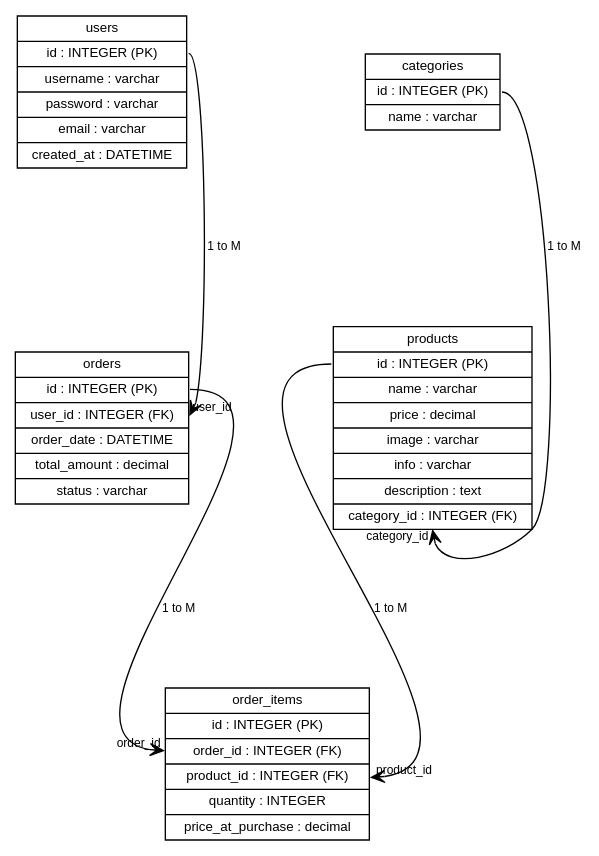
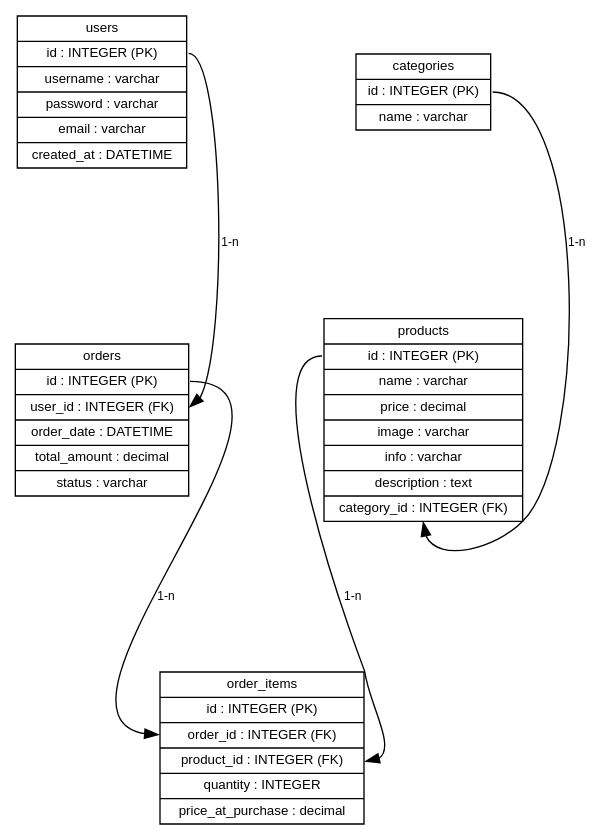
The diagram in schema/schema.dot (kakapt/ec335_project), drawn with Graphviz before and after one commit. The commit also changed 2 other files, not shown here.

```diff
--- a/schema/schema.dot
+++ b/schema/schema.dot
@@ -1,30 +1,30 @@
 digraph DatabaseSchema {
     rankdir=TB; // Layout direction Top to Bottom
-    ranksep=1.5; // Reduced vertical spacing between ranks (rows) of nodes.
-    nodesep=1.5; // Increased horizontal spacing between nodes within the same rank.
+    ranksep=1.4;
+    nodesep=1.4;
     node [shape=record, style=filled, fillcolor=white, fontname="Helvetica", fontsize=10]; // Use record shape, filled nodes with white color, Helvetica font
     edge [fontname="Helvetica", fontsize=9]; // Set font for edges (removed color)
 
     // Define the tables as nodes (removed specific colors, using default white from global node settings)
     users [label="{<f0> users | <f1> id : INTEGER (PK) | username : varchar | password : varchar | email : varchar | created_at : DATETIME}"];
     categories [label="{<f0> categories | <f1> id : INTEGER (PK) | name : varchar}"];
     products [label="{<f0> products | <f1> id : INTEGER (PK) | name : varchar | price : decimal | image : varchar | info : varchar | description : text | <f2> category_id : INTEGER (FK)}"];
     orders [label="{<f0> orders | <f1> id : INTEGER (PK) | <f2> user_id : INTEGER (FK) | order_date : DATETIME | total_amount : decimal | status : varchar}"];
     order_items [label="{<f0> order_items | <f1> id : INTEGER (PK) | <f2> order_id : INTEGER (FK) | <f3> product_id : INTEGER (FK) | quantity : INTEGER | price_at_purchase : decimal}"];
 
     // Define the relationships (edges) between tables (removed color)
     // users (1) -> orders (Many)
-    users:f1 -> orders:f2 [label="1 to M" headlabel="user_id", arrowhead=vee];
+    users:f1 -> orders:f2 [label="1-n"];
 
     // categories (1) -> products (Many)
-    categories:f1 -> products:f2 [label="1 to M" headlabel="category_id", arrowhead=vee];
+    categories:f1 -> products:f2 [label="1-n"];
 
     // orders (1) -> order_items (Many)
-    orders:f1 -> order_items:f2 [label="1 to M" headlabel="order_id", arrowhead=vee];
+    orders:f1 -> order_items:f2 [label="1-n"];
 
     // products (1) -> order_items (Many)
-    products:f1 -> order_items:f3 [label="1 to M" headlabel="product_id", arrowhead=vee];
+    products:f1 -> order_items:f3 [label="1-n"];
 
     // Optional: Add some spacing within nodes (padding)
-    node [margin="0.2,0.1"];
+    node [margin="0.2, 0.1"];
 }
```
